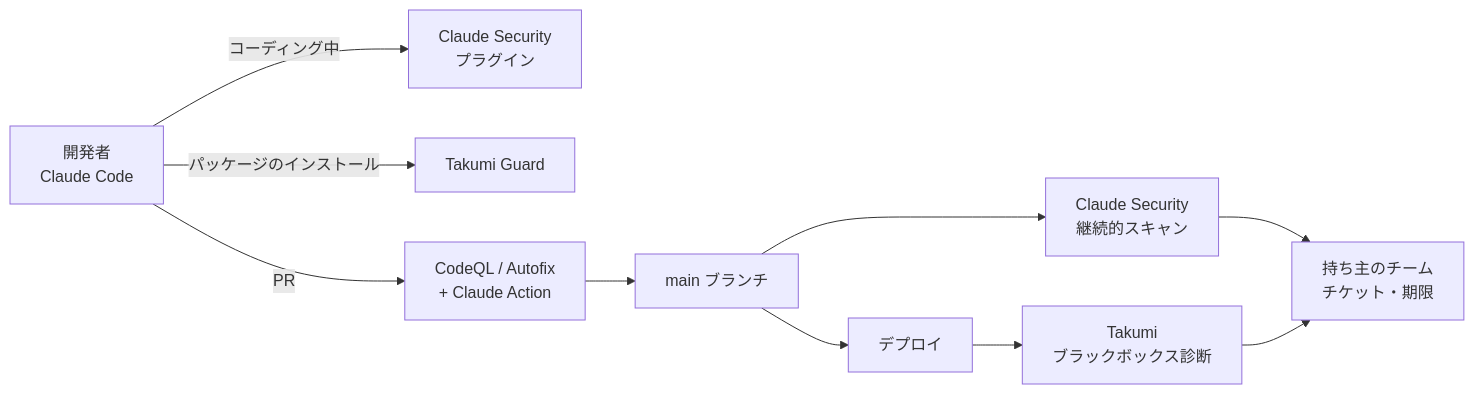
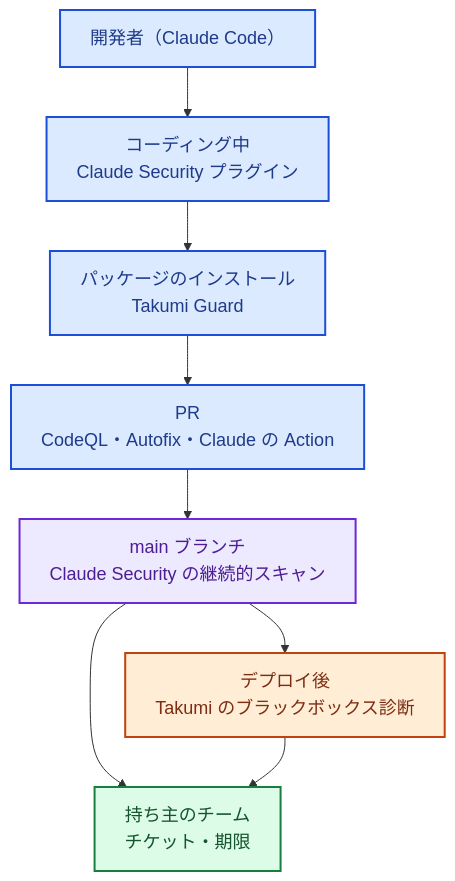
One commit to rkawajiri/zenn-content changed the diagram in books/security-roadmap-ja/10-ai-appsec.md. Above: the diagram before and after it, drawn with Mermaid. The commit also changed other lines of this file and 9 other files, not shown here.

First line of the commit message:
redraw diagrams vertically with larger text and a consistent color palette; split tool-map and final-state diagrams

````diff
--- a/books/security-roadmap-ja/10-ai-appsec.md
+++ b/books/security-roadmap-ja/10-ai-appsec.md
@@ -86,12 +86,18 @@
 ```mermaid
-flowchart LR
-  Dev[開発者<br>Claude Code] -->|コーディング中| Plugin[Claude Security<br>プラグイン]
-  Dev -->|パッケージのインストール| Guard[Takumi Guard]
-  Dev -->|PR| GH[CodeQL / Autofix<br>+ Claude Action]
-  GH --> Main[main ブランチ]
-  Main --> CS[Claude Security<br>継続的スキャン]
-  Main --> Deploy[デプロイ]
-  Deploy --> TK[Takumi<br>ブラックボックス診断]
-  CS --> Ticket[持ち主のチーム<br>チケット・期限]
+%%{init: {"themeVariables": {"fontSize": "18px"}, "flowchart": {"wrappingWidth": 400}}}%%
+flowchart TB
+  Dev["開発者（Claude Code）"]:::dev
+  Local["コーディング中<br>Claude Security プラグイン"]:::dev
+  Guard["パッケージのインストール<br>Takumi Guard"]:::dev
+  PRc["PR<br>CodeQL・Autofix・Claude の Action"]:::dev
+  CS["main ブランチ<br>Claude Security の継続的スキャン"]:::ops
+  TK["デプロイ後<br>Takumi のブラックボックス診断"]:::cloud
+  Ticket["持ち主のチーム<br>チケット・期限"]:::gov
+  Dev --> Local --> Guard --> PRc --> CS --> TK
+  CS --> Ticket
   TK --> Ticket
+  classDef dev fill:#dbeafe,stroke:#1d4ed8,color:#1e3a8a,stroke-width:2px
+  classDef ops fill:#ede9fe,stroke:#6d28d9,color:#4c1d95,stroke-width:2px
+  classDef cloud fill:#ffedd5,stroke:#c2410c,color:#7c2d12,stroke-width:2px
+  classDef gov fill:#dcfce7,stroke:#15803d,color:#14532d,stroke-width:2px
 ```
````
